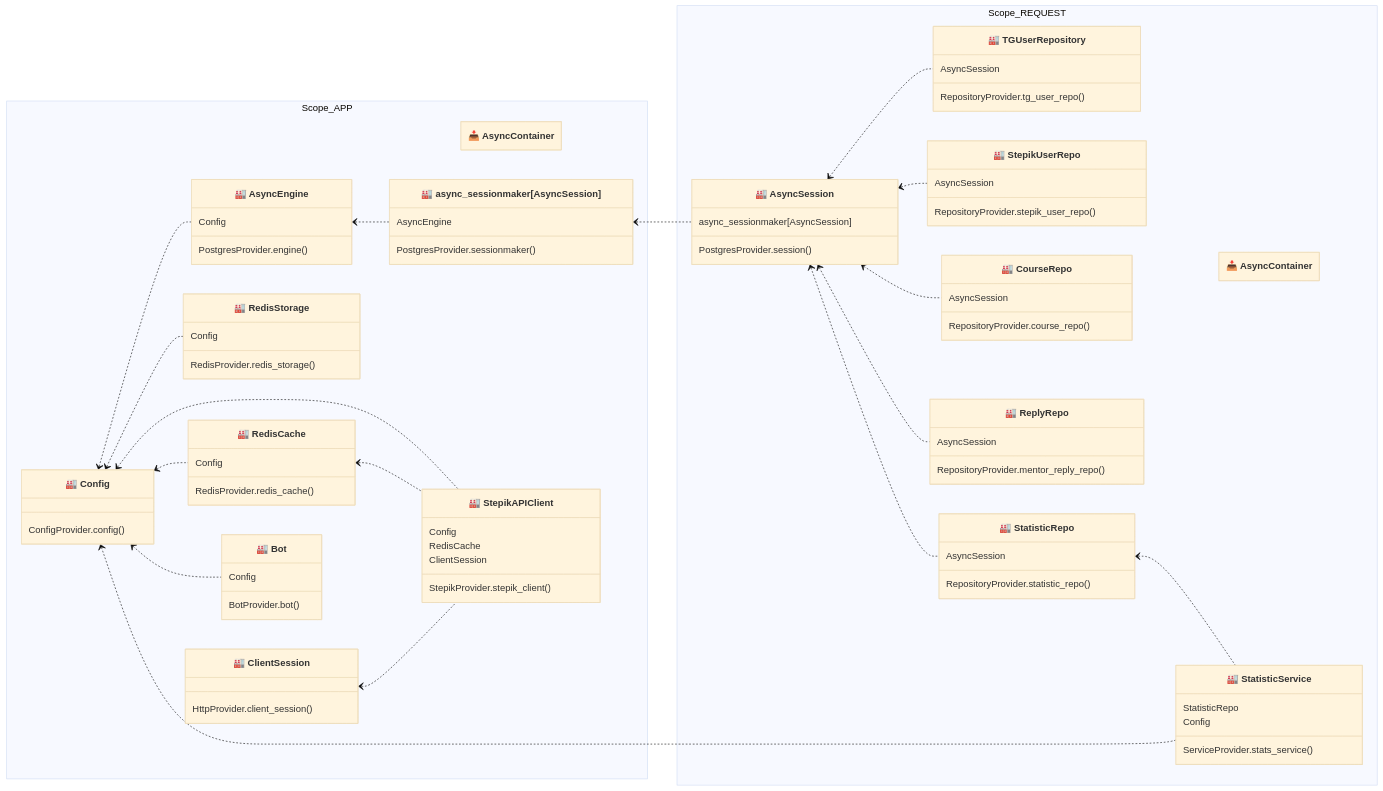
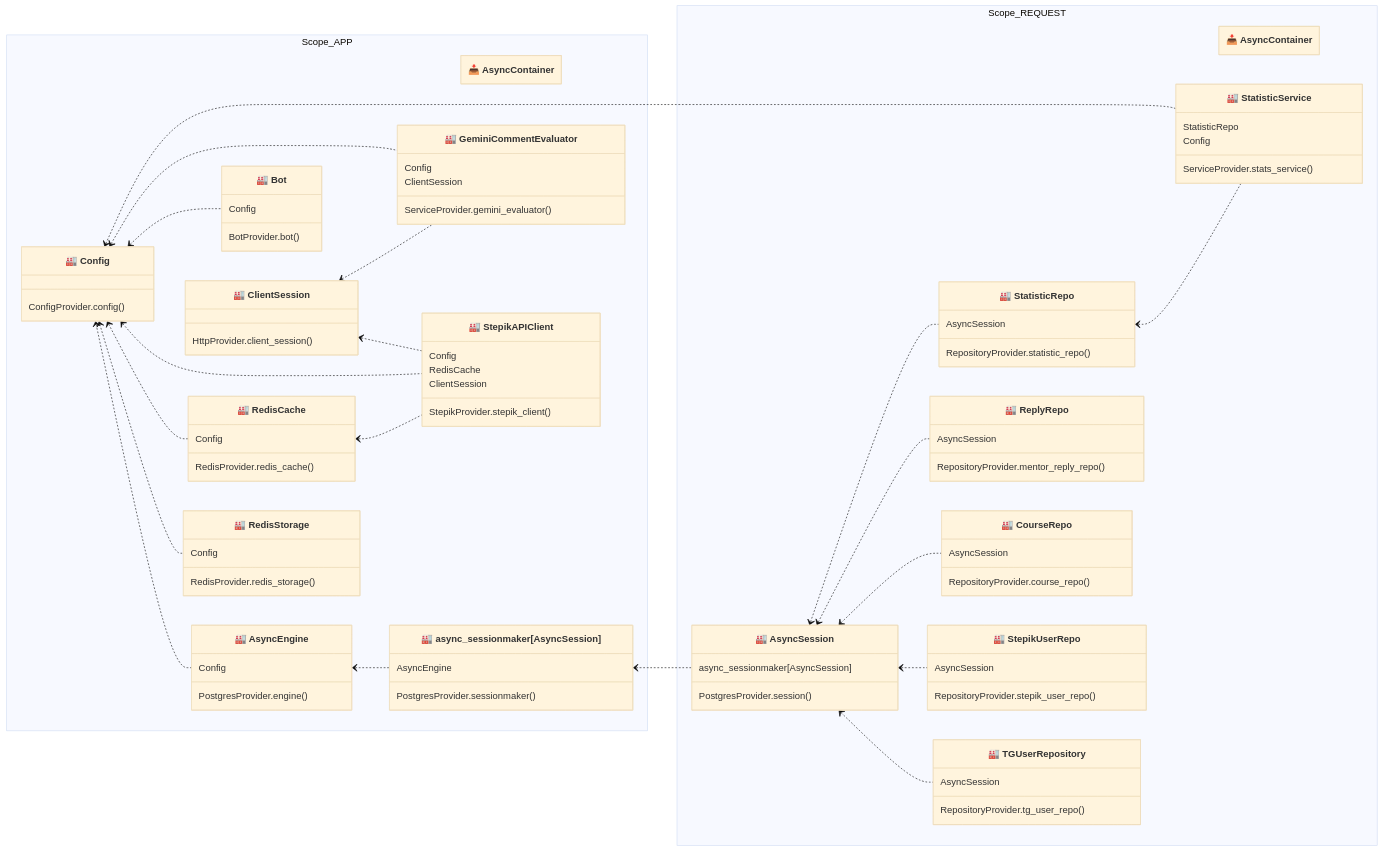
Before and after one commit to nihosprop/Stepik-Mentor-Metric: the diagram in README.md, drawn with Mermaid (base theme).

Commit message:
docs: update Dependency Injection Graph
Document the GeminiCommentEvaluator factory and its dependencies.
Renumber existing factories within the Scope_REQUEST namespace.
Update all associated dependencies to reflect the renumbering.

````diff
--- a/README.md
+++ b/README.md
@@ -316,6 +316,11 @@
 BotProvider.bot()
 Config
 }
+class factory12["🏭 GeminiCommentEvaluator"]{
+ServiceProvider.gemini_evaluator()
+Config
+ClientSession
+}
 }
 
 factory4 <.. factory5
@@ -326,47 +331,49 @@
 factory8 <.. factory10
 factory9 <.. factory10
 factory4 <.. factory11
+factory4 <.. factory12
+factory9 <.. factory12
 namespace Scope_REQUEST {
-class factory14["📥 AsyncContainer"]{
+class factory15["📥 AsyncContainer"]{
  
 }
-class factory15["🏭 AsyncSession"]{
+class factory16["🏭 AsyncSession"]{
 PostgresProvider.session()
 async_sessionmaker[AsyncSession]
 }
-class factory16["🏭 TGUserRepository"]{
+class factory17["🏭 TGUserRepository"]{
 RepositoryProvider.tg_user_repo()
 AsyncSession
 }
-class factory17["🏭 StepikUserRepo"]{
+class factory18["🏭 StepikUserRepo"]{
 RepositoryProvider.stepik_user_repo()
 AsyncSession
 }
-class factory18["🏭 CourseRepo"]{
+class factory19["🏭 CourseRepo"]{
 RepositoryProvider.course_repo()
 AsyncSession
 }
-class factory19["🏭 ReplyRepo"]{
+class factory20["🏭 ReplyRepo"]{
 RepositoryProvider.mentor_reply_repo()
 AsyncSession
 }
-class factory20["🏭 StatisticRepo"]{
+class factory21["🏭 StatisticRepo"]{
 RepositoryProvider.statistic_repo()
 AsyncSession
 }
-class factory21["🏭 StatisticService"]{
+class factory22["🏭 StatisticService"]{
 ServiceProvider.stats_service()
 StatisticRepo
 Config
 }
 }
 
-factory6 <.. factory15
-factory15 <.. factory16
-factory15 <.. factory17
-factory15 <.. factory18
-factory15 <.. factory19
-factory15 <.. factory20
-factory20 <.. factory21
-factory4 <.. factory21
+factory6 <.. factory16
+factory16 <.. factory17
+factory16 <.. factory18
+factory16 <.. factory19
+factory16 <.. factory20
+factory16 <.. factory21
+factory21 <.. factory22
+factory4 <.. factory22
 ```
````
